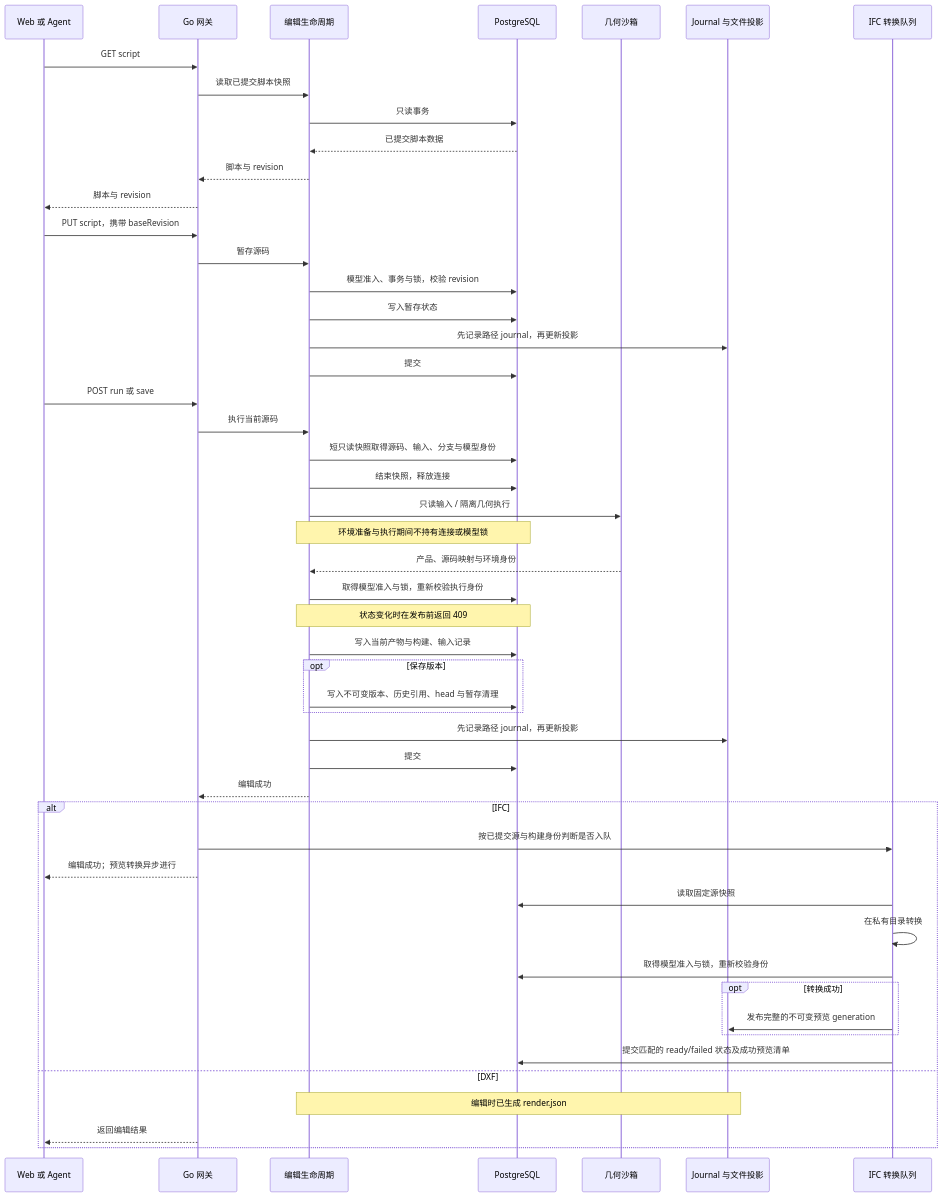
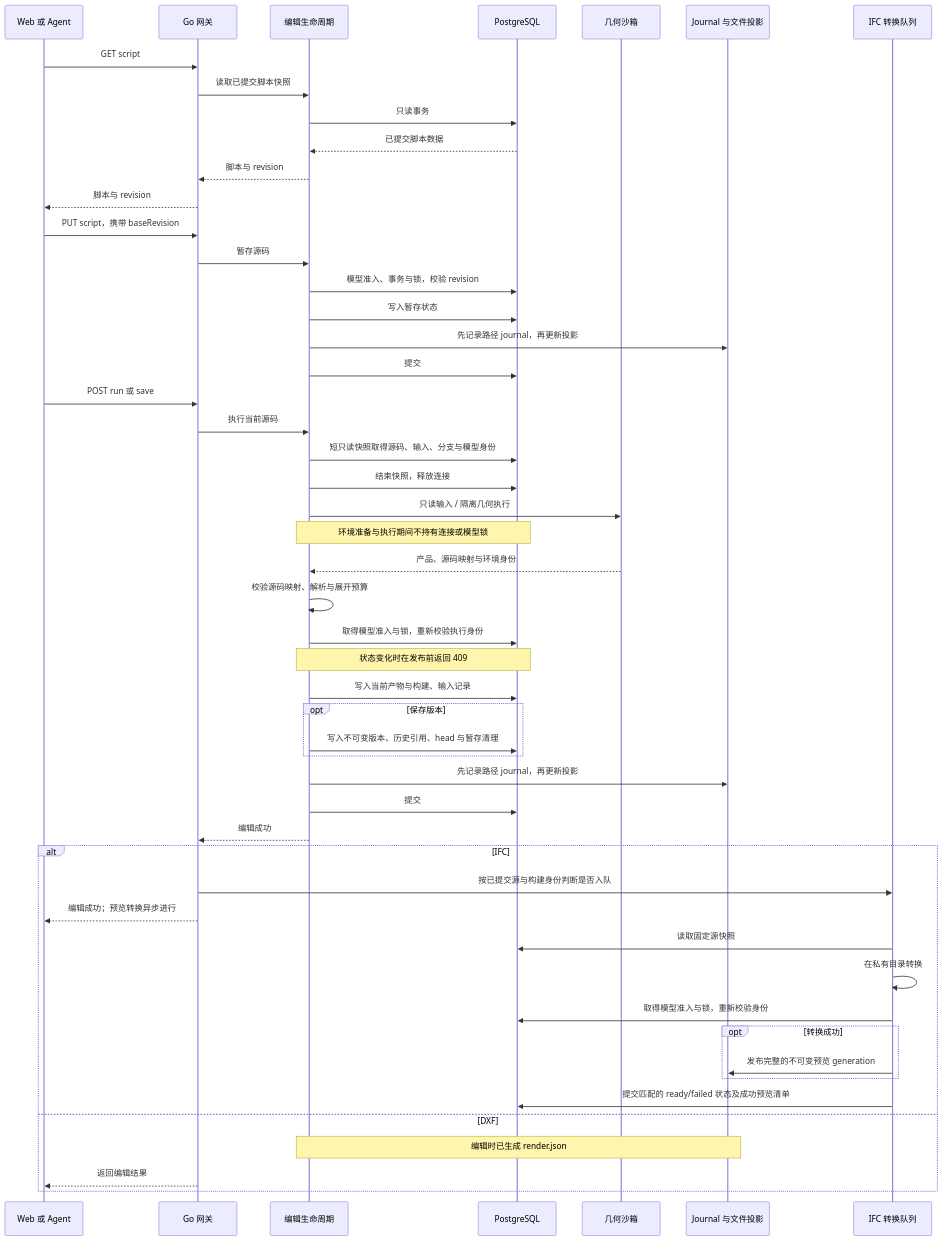
The second of 2 diagrams in README.zh-CN.md (0702hjj/SourceAEC), drawn with Mermaid before and after one commit. The commit also changed other lines of this file and 17 other files, not shown here.

````diff
--- a/README.zh-CN.md
+++ b/README.zh-CN.md
@@ -70,52 +71,53 @@
 ```mermaid
 sequenceDiagram
     participant U as Web 或 Agent
     participant A as Go 网关
     participant E as 编辑生命周期
     participant P as PostgreSQL
     participant S as 几何沙箱
     participant F as Journal 与文件投影
     participant Q as IFC 转换队列
     U->>A: GET script
     A->>E: 读取已提交脚本快照
     E->>P: 只读事务
     P-->>E: 已提交脚本数据
     E-->>A: 脚本与 revision
     A-->>U: 脚本与 revision
     U->>A: PUT script，携带 baseRevision
     A->>E: 暂存源码
     E->>P: 模型准入、事务与锁，校验 revision
     E->>P: 写入暂存状态
     E->>F: 先记录路径 journal，再更新投影
     E->>P: 提交
     U->>A: POST run 或 save
     A->>E: 执行当前源码
     E->>P: 短只读快照取得源码、输入、分支与模型身份
     E->>P: 结束快照，释放连接
     E->>S: 只读输入 / 隔离几何执行
     Note over E,P: 环境准备与执行期间不持有连接或模型锁
     S-->>E: 产品、源码映射与环境身份
+    E->>E: 校验源码映射、解析与展开预算
     E->>P: 取得模型准入与锁，重新校验执行身份
     Note over E,P: 状态变化时在发布前返回 409
     E->>P: 写入当前产物与构建、输入记录
     opt 保存版本
         E->>P: 写入不可变版本、历史引用、head 与暂存清理
     end
     E->>F: 先记录路径 journal，再更新投影
     E->>P: 提交
     E-->>A: 编辑成功
     alt IFC
         A->>Q: 按已提交源与构建身份判断是否入队
         A-->>U: 编辑成功；预览转换异步进行
         Q->>P: 读取固定源快照
         Q->>Q: 在私有目录转换
         Q->>P: 取得模型准入与锁，重新校验身份
         opt 转换成功
             Q->>F: 发布完整的不可变预览 generation
         end
         Q->>P: 提交匹配的 ready/failed 状态及成功预览清单
     else DXF
         Note over E,F: 编辑时已生成 render.json
         A-->>U: 返回编辑结果
     end
 ```
````
